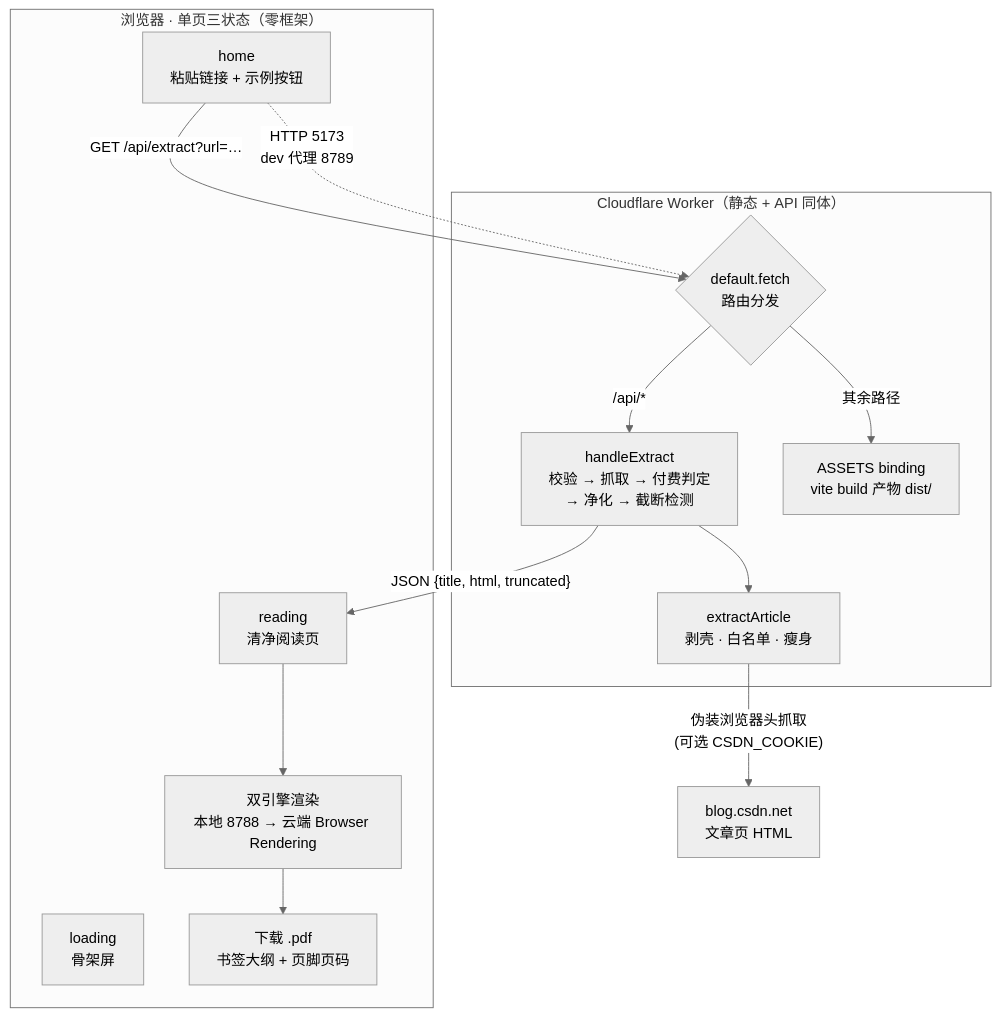
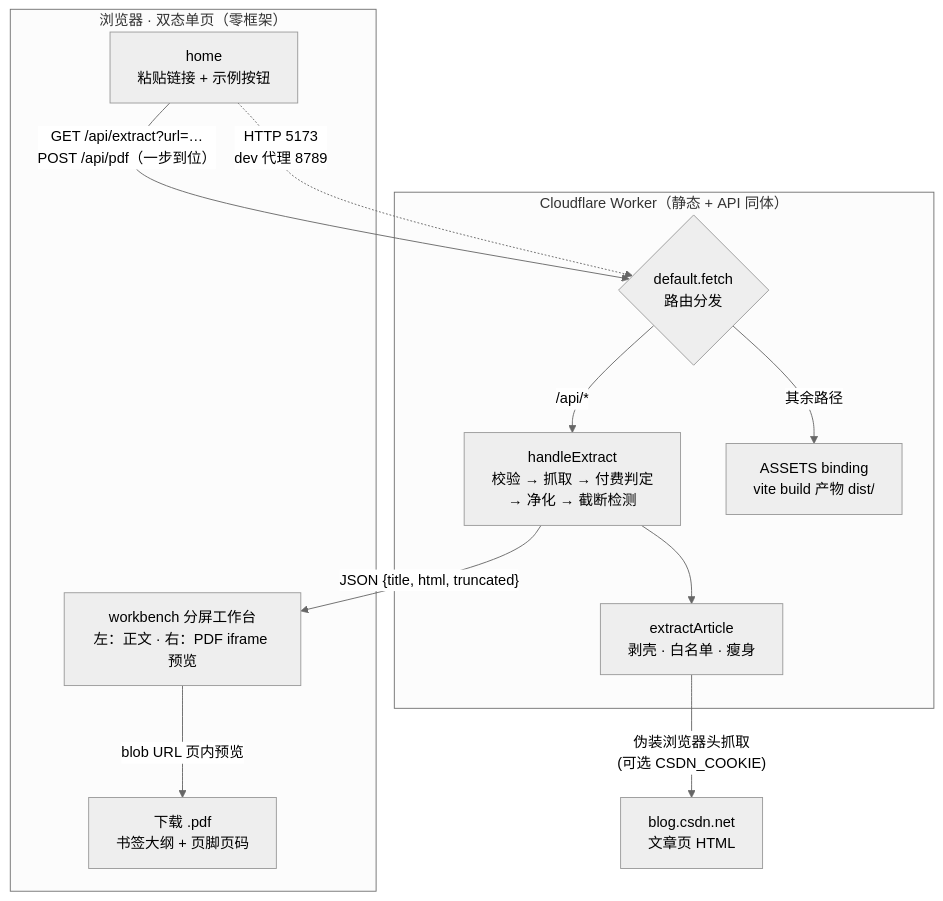
The diagram in README.md (WeatherCore/csdn-to-pdf), drawn with Mermaid (neutral theme) before and after one commit. The commit also changed other lines of this file, not shown here.

Commit message:
docs: README 同步分屏工作台与一步转换新流程

````diff
--- a/README.md
+++ b/README.md
@@ -57,29 +58,26 @@
 ```mermaid
 flowchart TB
-    subgraph FE["浏览器 · 单页三状态（零框架）"]
+    subgraph FE["浏览器 · 双态单页（零框架）"]
         HOME["home<br/>粘贴链接 + 示例按钮"]
-        SKEL["loading<br/>骨架屏"]
-        READER["reading<br/>清净阅读页"]
-        PRINT["双引擎渲染<br/>本地 8788 → 云端 Browser Rendering"]
-    PDF["下载 .pdf<br/>书签大纲 + 页脚页码"]
-    end
+        WB["workbench 分屏工作台<br/>左：正文 · 右：PDF iframe 预览"]
+        PDF["下载 .pdf<br/>书签大纲 + 页脚页码"]
+        end
 
     subgraph WK["Cloudflare Worker（静态 + API 同体）"]
         ROUTE{"default.fetch<br/>路由分发"}
         API["handleExtract<br/>校验 → 抓取 → 付费判定<br/>→ 净化 → 截断检测"]
         SAN["extractArticle<br/>剥壳 · 白名单 · 瘦身"]
         ASSETS["ASSETS binding<br/>vite build 产物 dist/"]
     end
 
     CSDN["blog.csdn.net<br/>文章页 HTML"]
 
-    HOME -- "GET /api/extract?url=…" --> ROUTE
+    HOME -- "GET /api/extract?url=…<br/>POST /api/pdf（一步到位）" --> ROUTE
     ROUTE -- "/api/*" --> API
     ROUTE -- "其余路径" --> ASSETS
     API --> SAN
     SAN -- "伪装浏览器头抓取<br/>(可选 CSDN_COOKIE)" --> CSDN
-    API -- "JSON {title, html, truncated}" --> READER
-    READER --> PRINT
-    PRINT --> PDF
+    API -- "JSON {title, html, truncated}" --> WB
+    WB -- "blob URL 页内预览" --> PDF
     HOME -.->|HTTP 5173<br/>dev 代理 8789| ROUTE
 ```
````
